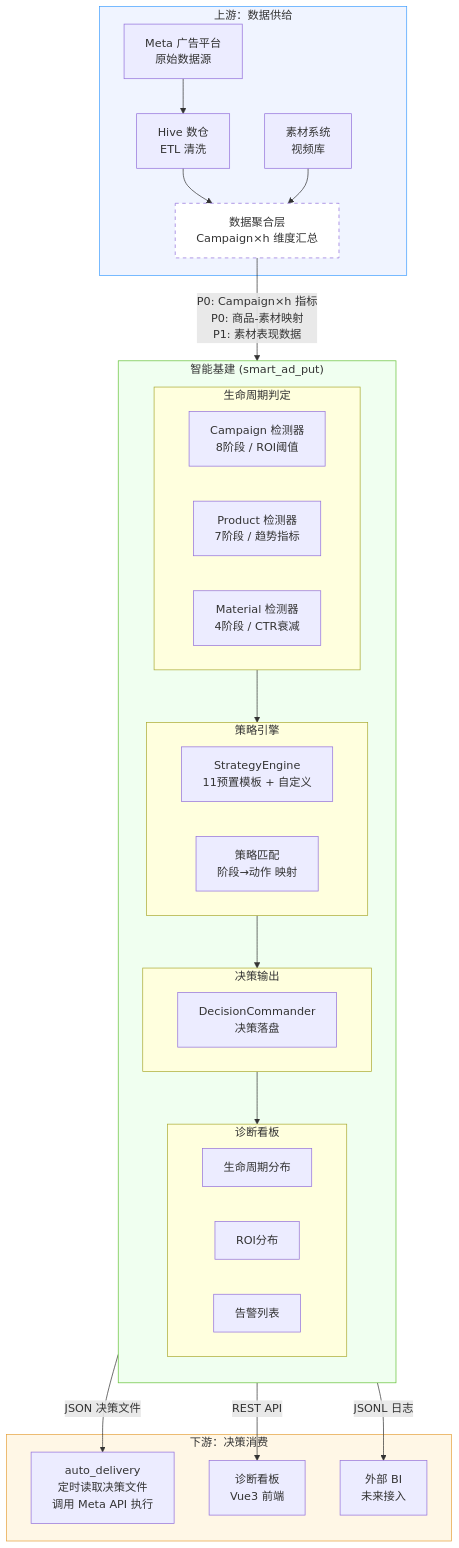
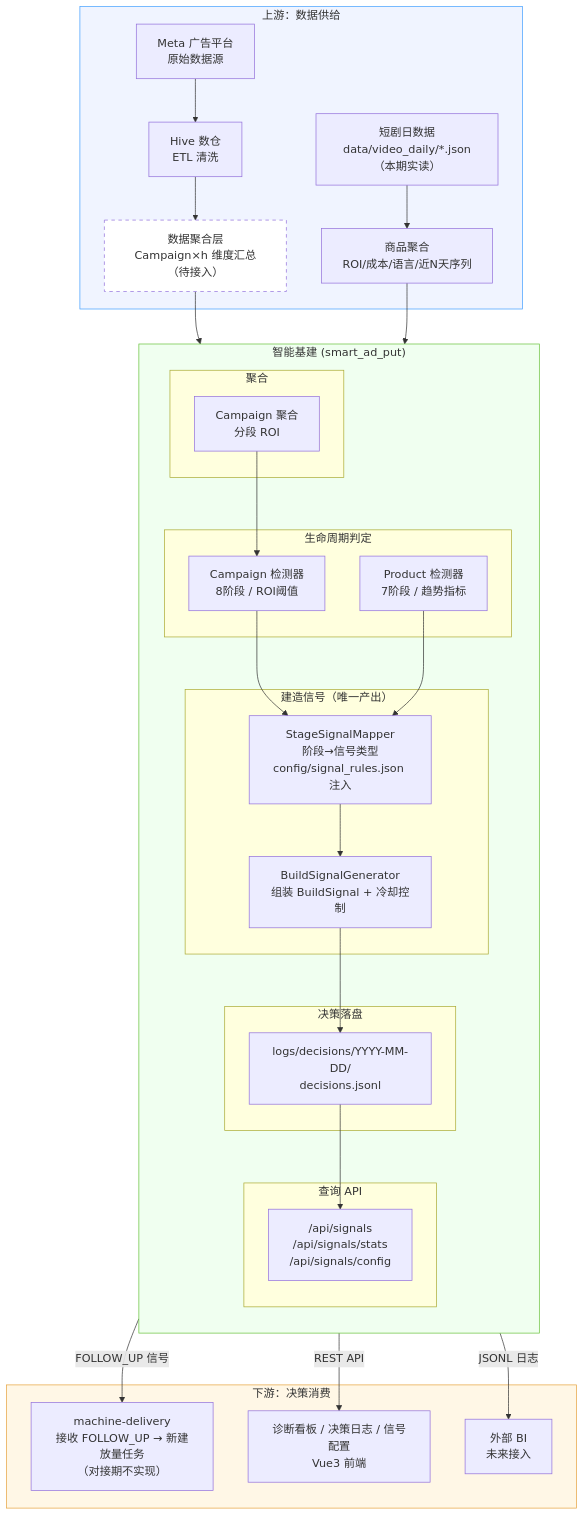
The first of 3 diagrams in docs/architecture.md (gar-su/smart_ad_put), drawn with Mermaid before and after one commit. The commit also changed other lines of this file and 1 other file, not shown here.

Commit message:
docs: PRD 补入 §5.1 领域模型（在线原型 + v4.0 信号架构图），docs/architecture.md 同步重绘

````diff
--- a/docs/architecture.md
+++ b/docs/architecture.md
@@ -1,64 +1,68 @@
 ```mermaid
 graph TB
     %% ===== 上游 =====
     subgraph upstream["上游：数据供给"]
         meta["Meta 广告平台<br/>原始数据源"]
         hive["Hive 数仓<br/>ETL 清洗"]
-        cms["素材系统<br/>视频库"]
-        data_agg["数据聚合层<br/>Campaign×h 维度汇总"]
+        video_daily["短剧日数据<br/>data/video_daily/*.json（本期实读）"]
+        data_agg["数据聚合层<br/>Campaign×h 维度汇总（待接入）"]
 
         meta --> hive
         hive --> data_agg
-        cms --> data_agg
+        video_daily --> prod_agg
     end
 
     %% ===== 本系统 =====
     subgraph core["智能基建 (smart_ad_put)"]
         direction TB
 
+        subgraph agg["聚合"]
+            prod_agg["商品聚合<br/>ROI/成本/语言/近N天序列"]
+            cam_agg["Campaign 聚合<br/>分段 ROI"]
+        end
+
         subgraph detect["生命周期判定"]
             cam_detector["Campaign 检测器<br/>8阶段 / ROI阈值"]
             prod_detector["Product 检测器<br/>7阶段 / 趋势指标"]
-            mat_detector["Material 检测器<br/>4阶段 / CTR衰减"]
         end
 
-        subgraph strategy["策略引擎"]
-            engine["StrategyEngine<br/>11预置模板 + 自定义"]
-            matcher["策略匹配<br/>阶段→动作 映射"]
+        subgraph signal["建造信号（唯一产出）"]
+            mapper["StageSignalMapper<br/>阶段→信号类型<br/>config/signal_rules.json 注入"]
+            generator["BuildSignalGenerator<br/>组装 BuildSignal + 冷却控制"]
         end
 
-        subgraph decide["决策输出"]
-            commander["DecisionCommander<br/>决策落盘"]
+        subgraph persist["决策落盘"]
+            decision_log["logs/decisions/YYYY-MM-DD/<br/>decisions.jsonl"]
         end
 
-        subgraph dashboard["诊断看板"]
-            lifecycle_chart["生命周期分布"]
-            roi_chart["ROI分布"]
-            alert_list["告警列表"]
+        subgraph dashboard["查询 API"]
+            signals_api["/api/signals<br/>/api/signals/stats<br/>/api/signals/config"]
         end
 
-        detect --> strategy
-        strategy --> decide
-        decide --> dashboard
+        data_agg --> cam_agg
+        cam_agg --> cam_detector
+        prod_agg --> prod_detector
+        cam_detector --> mapper
+        prod_detector --> mapper
+        mapper --> generator
+        generator --> decision_log
+        decision_log --> signals_api
     end
 
     %% ===== 下游 =====
     subgraph downstream["下游：决策消费"]
-        auto_delivery["auto_delivery<br/>定时读取决策文件<br/>调用 Meta API 执行"]
-        frontend["诊断看板<br/>Vue3 前端"]
+        machine_delivery["machine-delivery<br/>接收 FOLLOW_UP → 新建放量任务<br/>（对接期不实现）"]
+        frontend["诊断看板 / 决策日志 / 信号配置<br/>Vue3 前端"]
         bi["外部 BI<br/>未来接入"]
 
-        decide -->|"JSON 决策文件"| auto_delivery
-        dashboard -->|"REST API"| frontend
-        decide -->|"JSONL 日志"| bi
+        decision_log -->|"FOLLOW_UP 信号"| machine_delivery
+        signals_api -->|"REST API"| frontend
+        decision_log -->|"JSONL 日志"| bi
     end
-
-    %% ===== 数据流 =====
-    data_agg -->|"P0: Campaign×h 指标<br/>P0: 商品-素材映射<br/>P1: 素材表现数据"| detect
 
     %% ===== 样式 =====
     style upstream fill:#f0f4ff,stroke:#409eff
     style core fill:#f0fff0,stroke:#67c23a
     style downstream fill:#fff7e6,stroke:#e6a23c
     style data_agg fill:#fff,stroke-dasharray:5 5
 ```
````
